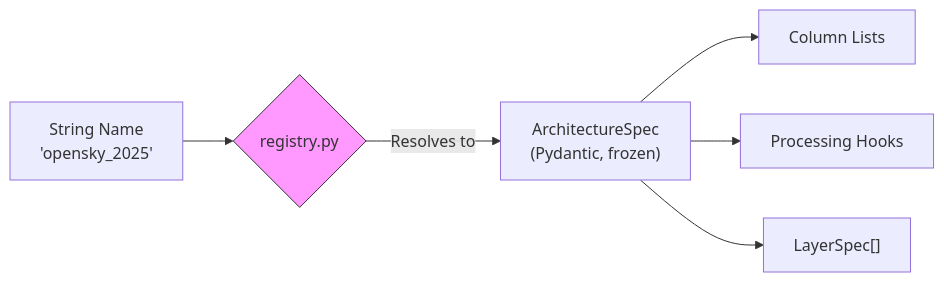
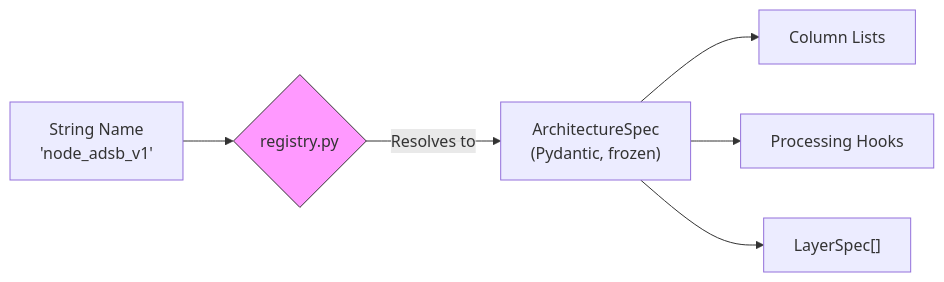
One commit to eurocontrol-asu/node-fdm changed the third of 3 diagrams in docs/quickstart/concepts.md. Above: the diagram before and after it, drawn with Mermaid. The commit also changed other lines of this file and 41 other files, not shown here.

First line of the commit message:
chore: drop legacy opensky/opensky_v2 architectures and schemas

````diff
--- a/docs/quickstart/concepts.md
+++ b/docs/quickstart/concepts.md
@@ -128,12 +128,12 @@
 ```mermaid
 graph LR
-    ID["String Name<br>'opensky_2025'"] --> Reg{registry.py}
+    ID["String Name<br>'node_adsb_v1'"] --> Reg{registry.py}
 
     Reg -->|Resolves to| Spec["ArchitectureSpec<br>(Pydantic, frozen)"]
 
     Spec --> Cols[Column Lists]
     Spec --> Hook[Processing Hooks]
     Spec --> Layers["LayerSpec[]"]
 
     style Reg fill:#f9f,stroke:#333
 ```
````
